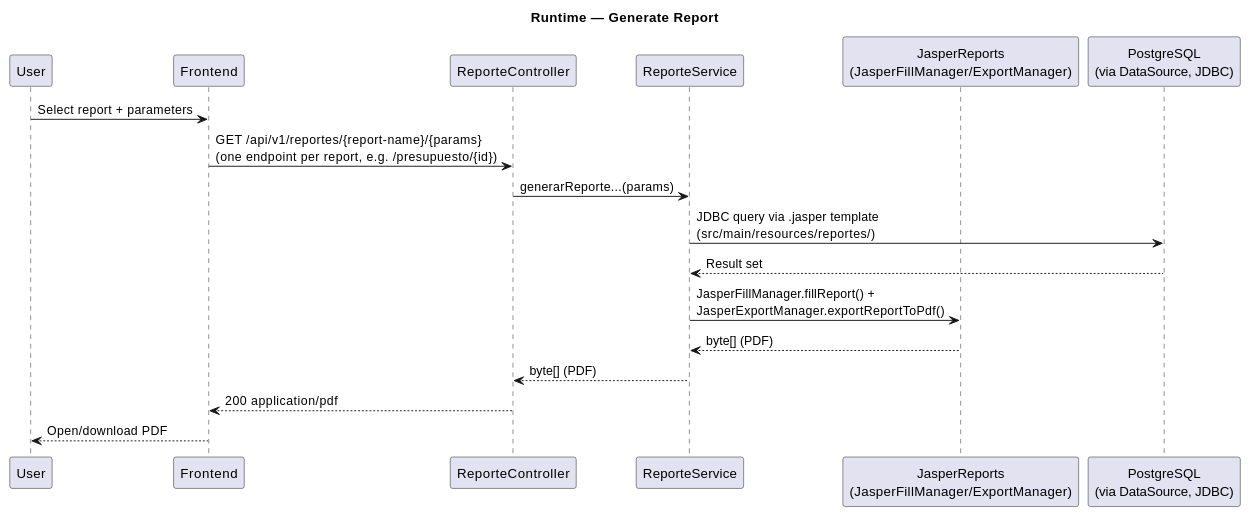
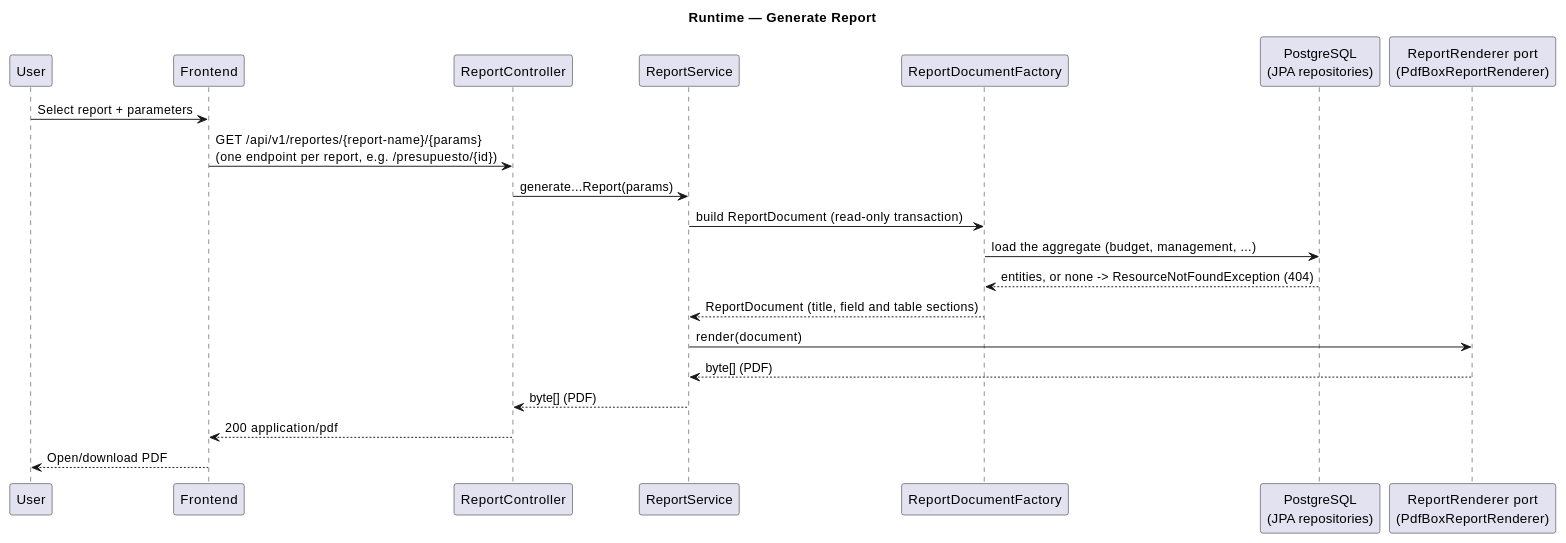
Before and after one commit to matiaspakua/notaire: the tenth of 13 diagrams in docs/200-architecture/201-SAD/sad.md, drawn with PlantUML. The commit also changed other lines of this file and 13 other files, not shown here.

First line of the commit message:
docs(report): record in-house report PDFs and the JasperReports removal

````diff
--- a/docs/200-architecture/201-SAD/sad.md
+++ b/docs/200-architecture/201-SAD/sad.md
@@ -698,23 +698,26 @@
 ```plantuml
 @startuml
 title Runtime — Generate Report
 
 participant "User" as U
 participant "Frontend" as FE
-participant "ReporteController" as Ctrl
-participant "ReporteService" as Svc
-participant "JasperReports\n(JasperFillManager/ExportManager)" as Jasper
-participant "PostgreSQL\n(via DataSource, JDBC)" as DB
+participant "ReportController" as Ctrl
+participant "ReportService" as Svc
+participant "ReportDocumentFactory" as Factory
+participant "PostgreSQL\n(JPA repositories)" as DB
+participant "ReportRenderer port\n(PdfBoxReportRenderer)" as Renderer
 
 U -> FE : Select report + parameters
 FE -> Ctrl : GET /api/v1/reportes/{report-name}/{params}\n(one endpoint per report, e.g. /presupuesto/{id})
-Ctrl -> Svc : generarReporte...(params)
-Svc -> DB : JDBC query via .jasper template\n(src/main/resources/reportes/)
-DB --> Svc : Result set
-Svc -> Jasper : JasperFillManager.fillReport() +\nJasperExportManager.exportReportToPdf()
-Jasper --> Svc : byte[] (PDF)
+Ctrl -> Svc : generate...Report(params)
+Svc -> Factory : build ReportDocument (read-only transaction)
+Factory -> DB : load the aggregate (budget, management, ...)
+DB --> Factory : entities, or none -> ResourceNotFoundException (404)
+Factory --> Svc : ReportDocument (title, field and table sections)
+Svc -> Renderer : render(document)
+Renderer --> Svc : byte[] (PDF)
 Svc --> Ctrl : byte[] (PDF)
 Ctrl --> FE : 200 application/pdf
 FE --> U : Open/download PDF
 @enduml
 ```
````
